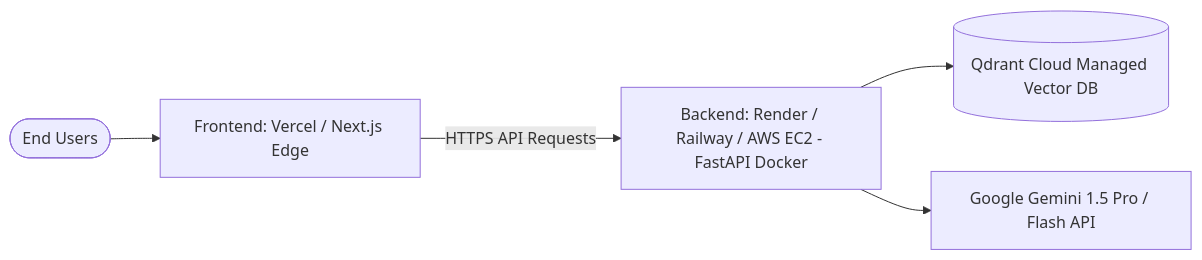
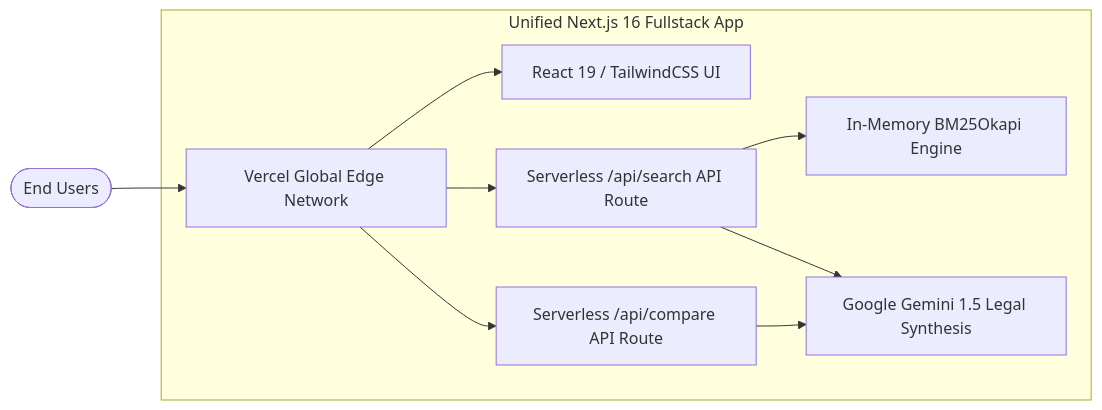
Before and after one commit to sassysohom48/JusticeRAG: the second of 2 diagrams in README.md, drawn with Mermaid. The commit also changed other lines of this file, not shown here.

Commit message:
docs: update deployment section in README to reflect live All-in-One Vercel architecture and Docker alternatives

````diff
--- a/README.md
+++ b/README.md
@@ -325,7 +325,12 @@
 ```mermaid
 flowchart LR
-    Browser([End Users]) --> Vercel[Frontend: Vercel / Next.js Edge]
-    Vercel -->|HTTPS API Requests| Render[Backend: Render / Railway / AWS EC2 - FastAPI Docker]
-    Render --> QdrantCloud[(Qdrant Cloud Managed Vector DB)]
-    Render --> GeminiAPI[Google Gemini 1.5 Pro / Flash API]
+    Browser([End Users]) --> Vercel[Vercel Global Edge Network]
+    subgraph Vercel_Deployment [Unified Next.js 16 Fullstack App]
+        Vercel --> UI[React 19 / TailwindCSS UI]
+        Vercel --> SearchAPI[Serverless /api/search API Route]
+        Vercel --> CompareAPI[Serverless /api/compare API Route]
+        SearchAPI --> BM25Engine[In-Memory BM25Okapi Engine]
+        SearchAPI --> GeminiLLM[Google Gemini 1.5 Legal Synthesis]
+        CompareAPI --> GeminiLLM
+    end
 ```
````
